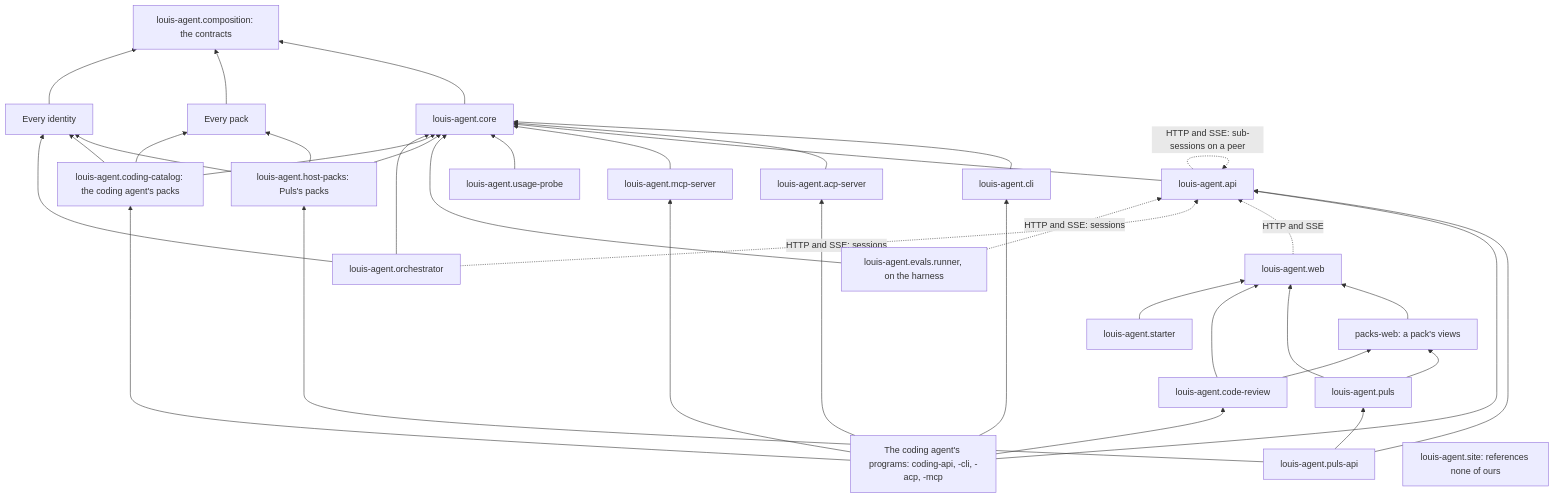
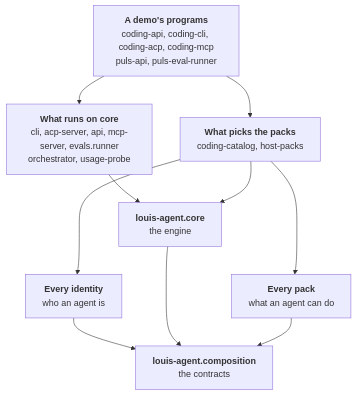
One commit to bosbevk/louis-agent changed the first of 2 diagrams in src/docs/projects/README.md. Above: the diagram before and after it, drawn with Mermaid. The commit also changed other lines of this file, not shown here.

Commit message:
docs(project-diagrams): the dependency diagram has core in the middle
One diagram of about thirty nodes read terribly, as Louis said, with its lines crossing everywhere and core off to one side. Now two small ones. The engine's has core alone on the middle row, what runs it and what picks its packs above, identities and packs below, the contracts at the bottom, and similar projects share a box. The web's is its own. Two invisible links hold core's row. What's left out is listed under them.

````diff
--- a/src/docs/projects/README.md
+++ b/src/docs/projects/README.md
@@ -45,39 +47,22 @@
 ```mermaid
-flowchart BT
-    Comp["louis-agent.composition: the contracts"]
-    Core["louis-agent.core"] --> Comp
-    Packs["Every pack"] --> Comp
-    Ids["Every identity"] --> Comp
-    CLI["louis-agent.cli"] --> Core
-    ACP["louis-agent.acp-server"] --> Core
-    API["louis-agent.api"] --> Core
-    MCP["louis-agent.mcp-server"] --> Core
-    Probe["louis-agent.usage-probe"] --> Core
-    Evals["louis-agent.evals.runner, on the harness"] --> Core
-    Web["louis-agent.web"]
-    PacksWeb["packs-web: a pack's views"] --> Web
-    Puls["louis-agent.puls"] --> Web
-    Puls --> PacksWeb
-    Review["louis-agent.code-review"] --> Web
-    Review --> PacksWeb
-    Starter["louis-agent.starter"] --> Web
-    HostPacks["louis-agent.host-packs: Puls's packs"] --> Core
-    HostPacks --> Packs
-    HostPacks --> Ids
-    PulsApi["louis-agent.puls-api"] --> API
-    PulsApi --> HostPacks
-    PulsApi --> Puls
-    Catalog["louis-agent.coding-catalog: the coding agent's packs"] --> Core
-    Catalog --> Packs
-    Catalog --> Ids
-    CodingHosts["The coding agent's programs: coding-api, -cli, -acp, -mcp"] --> Catalog
-    CodingHosts --> API & CLI & ACP & MCP
-    CodingHosts --> Review
-    Orch["louis-agent.orchestrator"] --> Core
-    Orch --> Ids
-    Site["louis-agent.site: references none of ours"]
-    Web -. "HTTP and SSE" .-> API
-    API -. "HTTP and SSE: sub-sessions on a peer" .-> API
-    Orch -. "HTTP and SSE: sessions" .-> API
-    Evals -. "HTTP and SSE: sessions" .-> API
+flowchart TD
+    Programs["<b>A demo's programs</b><br/>coding-api, coding-cli, coding-acp, coding-mcp<br/>puls-api, puls-eval-runner"]
+    Hosts["<b>What runs on core</b><br/>cli, acp-server, api, mcp-server, evals.runner<br/>orchestrator, usage-probe"]
+    Catalogs["<b>What picks the packs</b><br/>coding-catalog, host-packs"]
+    Core["<b>louis-agent.core</b><br/>the engine"]
+    Ids["<b>Every identity</b><br/>who an agent is"]
+    Packs["<b>Every pack</b><br/>what an agent can do"]
+    Comp["<b>louis-agent.composition</b><br/>the contracts"]
+
+    Programs --> Hosts
+    Programs --> Catalogs
+    Hosts --> Core
+    Catalogs --> Core
+    Core ~~~ Ids
+    Core ~~~ Packs
+    Catalogs --> Ids
+    Catalogs --> Packs
+    Ids --> Comp
+    Core --> Comp
+    Packs --> Comp
 ```
````
